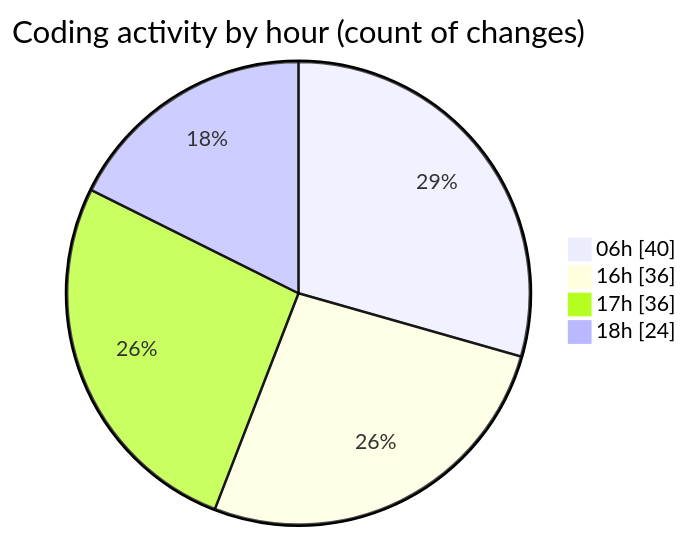
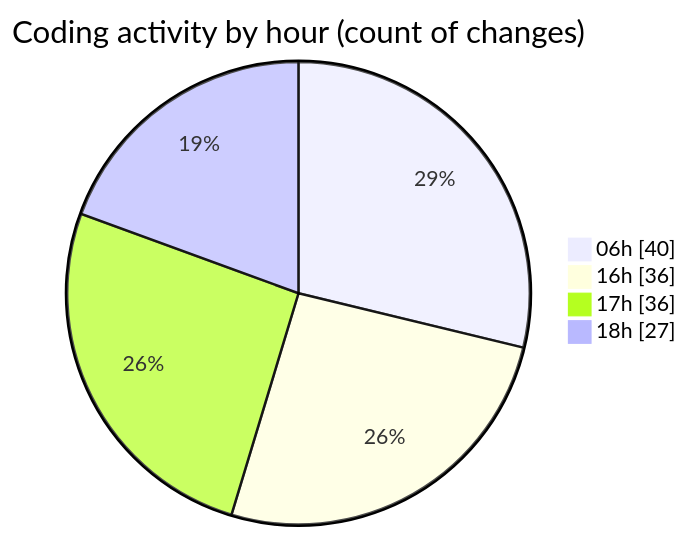
Before and after one commit to charlie-sans/code-tracking: the second of 2 diagrams in 2025-02-25/micros/README.md, drawn with Mermaid. The commit also changed other lines of this file and 1 other file, not shown here.

````diff
--- a/2025-02-25/micros/README.md
+++ b/2025-02-25/micros/README.md
@@ -72,8 +74,8 @@
 ```mermaid
 pie showData
 title Coding activity by hour (count of changes)
 "06h" : 40
 "16h" : 36
 "17h" : 36
-"18h" : 24
+"18h" : 27
 ```
````
